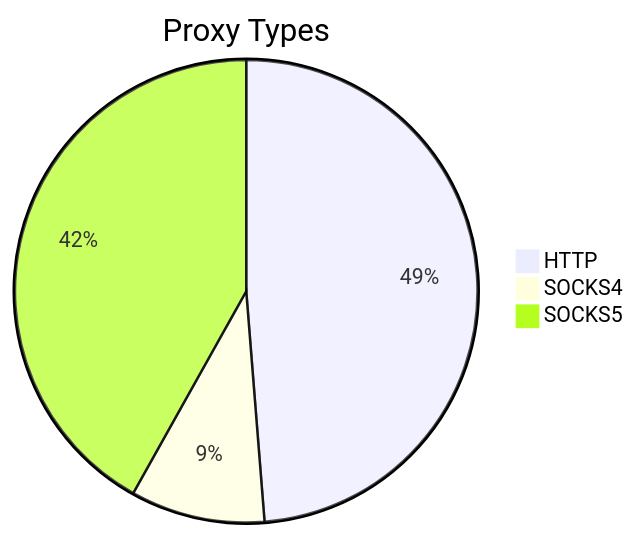
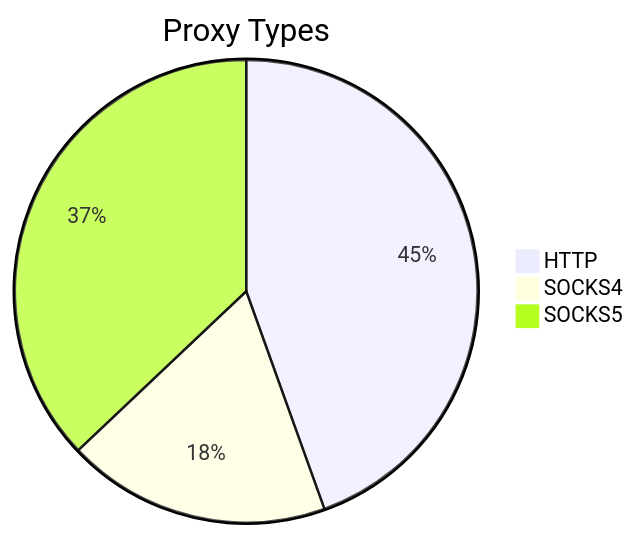
One commit to stormsia/proxy-list changed the first of 2 diagrams in README.md. Above: the diagram before and after it, drawn with Mermaid. The commit also changed other lines of this file, not shown here.

````diff
--- a/README.md
+++ b/README.md
@@ -21,6 +21,6 @@
 ```mermaid
 pie title Proxy Types
-    "HTTP" : 135
-    "SOCKS4" : 26
-    "SOCKS5" : 116
+    "HTTP" : 215
+    "SOCKS4" : 89
+    "SOCKS5" : 179
 ```
````
